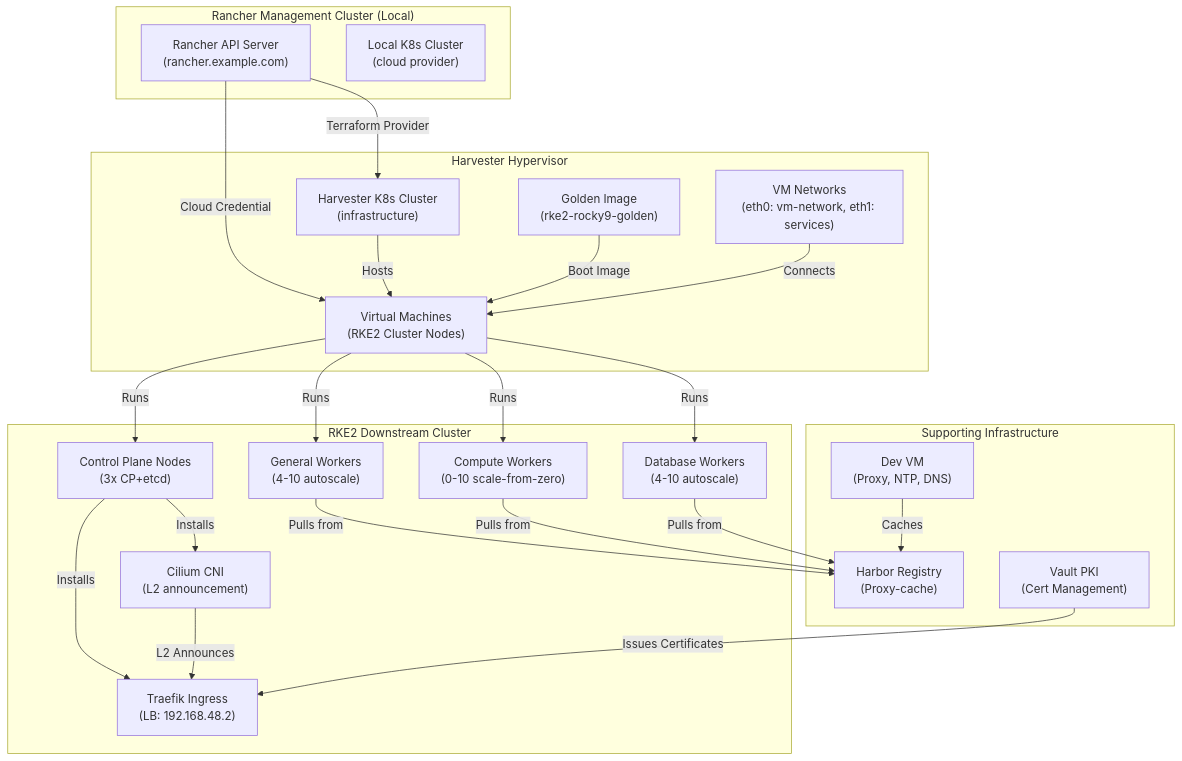
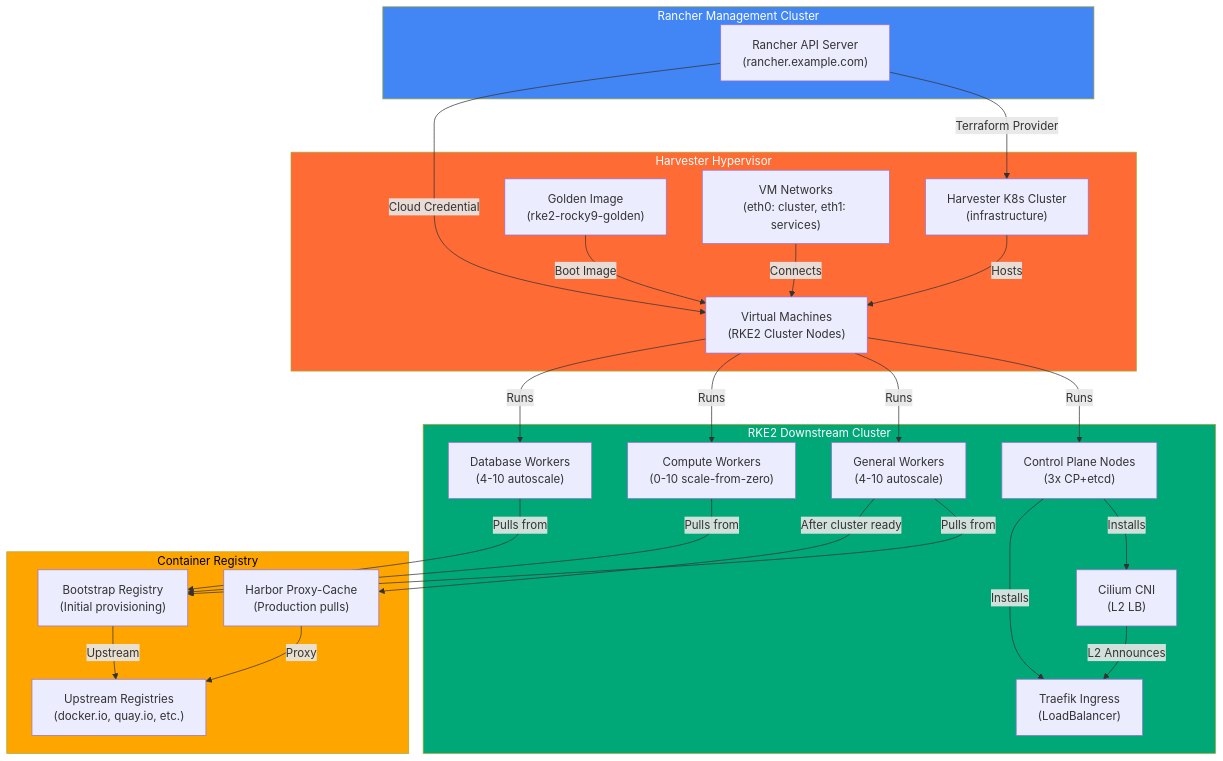
The first of 8 diagrams in docs/architecture.md (derhornspieler/harvester-rke2-cluster), drawn with Mermaid before and after one commit. The commit also changed other lines of this file and 3 other files, not shown here.

````diff
--- a/docs/architecture.md
+++ b/docs/architecture.md
@@ -23,47 +23,52 @@
 ```mermaid
 graph TB
-    subgraph Rancher["Rancher Management Cluster (Local)"]
+    subgraph Rancher["Rancher Management Cluster"]
         RancherAPI["Rancher API Server<br/>(rancher.example.com)"]
-        LocalK8s["Local K8s Cluster<br/>(cloud provider)"]
     end
 
     subgraph Harvester["Harvester Hypervisor"]
         HarvesterK8s["Harvester K8s Cluster<br/>(infrastructure)"]
         HarvesterVMs["Virtual Machines<br/>(RKE2 Cluster Nodes)"]
         GoldenImage["Golden Image<br/>(rke2-rocky9-golden)"]
-        VMNetwork["VM Networks<br/>(eth0: vm-network, eth1: services)"]
+        VMNetwork["VM Networks<br/>(eth0: cluster, eth1: services)"]
     end
 
     subgraph RKE2["RKE2 Downstream Cluster"]
         ControlPlanes["Control Plane Nodes<br/>(3x CP+etcd)"]
         GeneralWorkers["General Workers<br/>(4-10 autoscale)"]
         ComputeWorkers["Compute Workers<br/>(0-10 scale-from-zero)"]
         DatabaseWorkers["Database Workers<br/>(4-10 autoscale)"]
-        Cilium["Cilium CNI<br/>(L2 announcement)"]
-        Traefik["Traefik Ingress<br/>(LB: 192.168.48.2)"]
+        Cilium["Cilium CNI<br/>(L2 LB)"]
+        Traefik["Traefik Ingress<br/>(LoadBalancer)"]
     end
 
-    subgraph Infrastructure["Supporting Infrastructure"]
-        Harbor["Harbor Registry<br/>(Proxy-cache)"]
-        DevVM["Dev VM<br/>(Proxy, NTP, DNS)"]
-        Vault["Vault PKI<br/>(Cert Management)"]
+    subgraph Registry["Container Registry"]
+        Bootstrap["Bootstrap Registry<br/>(Initial provisioning)"]
+        Harbor["Harbor Proxy-Cache<br/>(Production pulls)"]
+        Upstreams["Upstream Registries<br/>(docker.io, quay.io, etc.)"]
     end
 
     RancherAPI -->|Terraform Provider| HarvesterK8s
     RancherAPI -->|Cloud Credential| HarvesterVMs
     HarvesterK8s -->|Hosts| HarvesterVMs
     GoldenImage -->|Boot Image| HarvesterVMs
     HarvesterVMs -->|Runs| ControlPlanes
     HarvesterVMs -->|Runs| GeneralWorkers
     HarvesterVMs -->|Runs| ComputeWorkers
     HarvesterVMs -->|Runs| DatabaseWorkers
     VMNetwork -->|Connects| HarvesterVMs
     ControlPlanes -->|Installs| Cilium
     ControlPlanes -->|Installs| Traefik
     Cilium -->|L2 Announces| Traefik
-    GeneralWorkers -->|Pulls from| Harbor
-    ComputeWorkers -->|Pulls from| Harbor
-    DatabaseWorkers -->|Pulls from| Harbor
-    DevVM -->|Caches| Harbor
-    Vault -->|Issues Certificates| Traefik
+    GeneralWorkers -->|Pulls from| Bootstrap
+    ComputeWorkers -->|Pulls from| Bootstrap
+    DatabaseWorkers -->|Pulls from| Bootstrap
+    Bootstrap -->|Upstream| Upstreams
+    GeneralWorkers -->|After cluster ready| Harbor
+    Harbor -->|Proxy| Upstreams
+
+    style Rancher fill:#4285f4,color:#fff
+    style Harvester fill:#ff6b35,color:#fff
+    style RKE2 fill:#00a878,color:#fff
+    style Registry fill:#ffa500,color:#000
 ```
````
